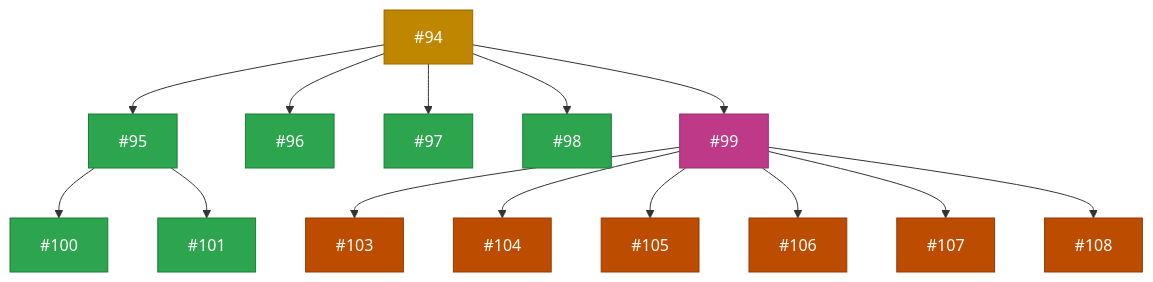
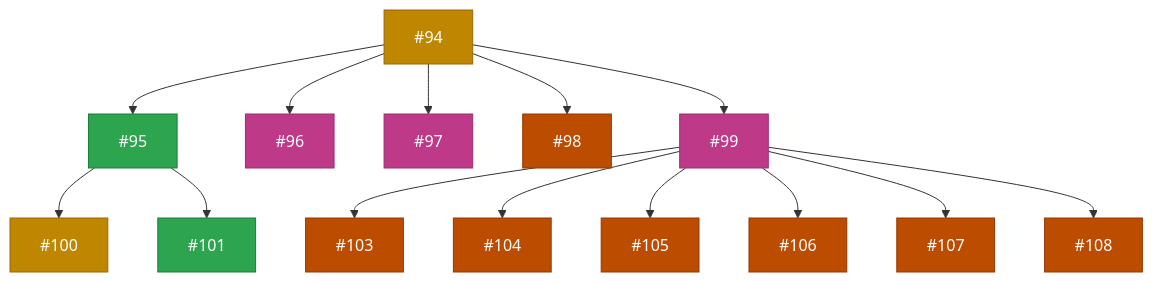
One commit to zappfish/zapp-requirements-tracker changed the ninth of 9 diagrams in README.md. Above: the diagram before and after it, drawn with Mermaid. The commit also changed other lines of this file, not shown here.

Commit message:
Update WBS diagram colors to match project board statuses (#122)

````diff
--- a/README.md
+++ b/README.md
@@ -442,45 +442,45 @@
 ```mermaid
 graph TD
     R7["#94"]:::inprogress
 
     R7A["#95"]:::backlog
-    R7B["#96"]:::backlog
-    R7C["#97"]:::backlog
-    R7D["#98"]:::backlog
+    R7B["#96"]:::stable
+    R7C["#97"]:::stable
+    R7D["#98"]:::done
     R7E["#99"]:::stable
     R7 --> R7A & R7B & R7C & R7D & R7E
 
-    R7A1["#100"]:::backlog
+    R7A1["#100"]:::inprogress
     R7A2["#101"]:::backlog
     R7A --> R7A1 & R7A2
 
     R7E1["#103"]:::done
     R7E2["#104"]:::done
     R7E3["#105"]:::done
     R7E4["#106"]:::done
     R7E5["#107"]:::done
     R7E6["#108"]:::done
     R7E --> R7E1 & R7E2 & R7E3 & R7E4 & R7E5 & R7E6
 
     click R7 href "https://github.com/zappfish/zapp-requirements-tracker/issues/94" _blank
     click R7A href "https://github.com/zappfish/zapp-requirements-tracker/issues/95" _blank
     click R7B href "https://github.com/zappfish/zapp-requirements-tracker/issues/96" _blank
     click R7C href "https://github.com/zappfish/zapp-requirements-tracker/issues/97" _blank
     click R7D href "https://github.com/zappfish/zapp-requirements-tracker/issues/98" _blank
     click R7E href "https://github.com/zappfish/zapp-requirements-tracker/issues/99" _blank
     click R7A1 href "https://github.com/zappfish/zapp-requirements-tracker/issues/100" _blank
     click R7A2 href "https://github.com/zappfish/zapp-requirements-tracker/issues/101" _blank
     click R7E1 href "https://github.com/zappfish/zapp-requirements-tracker/issues/103" _blank
     click R7E2 href "https://github.com/zappfish/zapp-requirements-tracker/issues/104" _blank
     click R7E3 href "https://github.com/zappfish/zapp-requirements-tracker/issues/105" _blank
     click R7E4 href "https://github.com/zappfish/zapp-requirements-tracker/issues/106" _blank
     click R7E5 href "https://github.com/zappfish/zapp-requirements-tracker/issues/107" _blank
     click R7E6 href "https://github.com/zappfish/zapp-requirements-tracker/issues/108" _blank
 
     classDef backlog fill:#2da44e,stroke:#1a7f37,color:#fff
     classDef upnext fill:#0969da,stroke:#0550ae,color:#fff
     classDef inprogress fill:#bf8700,stroke:#9a6700,color:#fff
     classDef inreview fill:#8250df,stroke:#6639ba,color:#fff
     classDef stable fill:#bf3989,stroke:#99306f,color:#fff
     classDef done fill:#bc4c00,stroke:#953800,color:#fff
 ```
````
